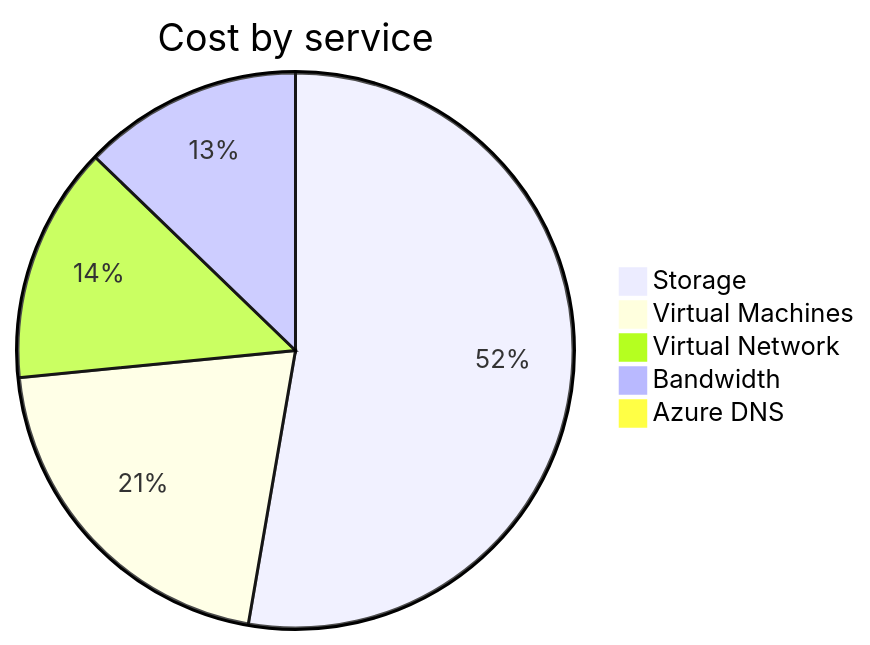
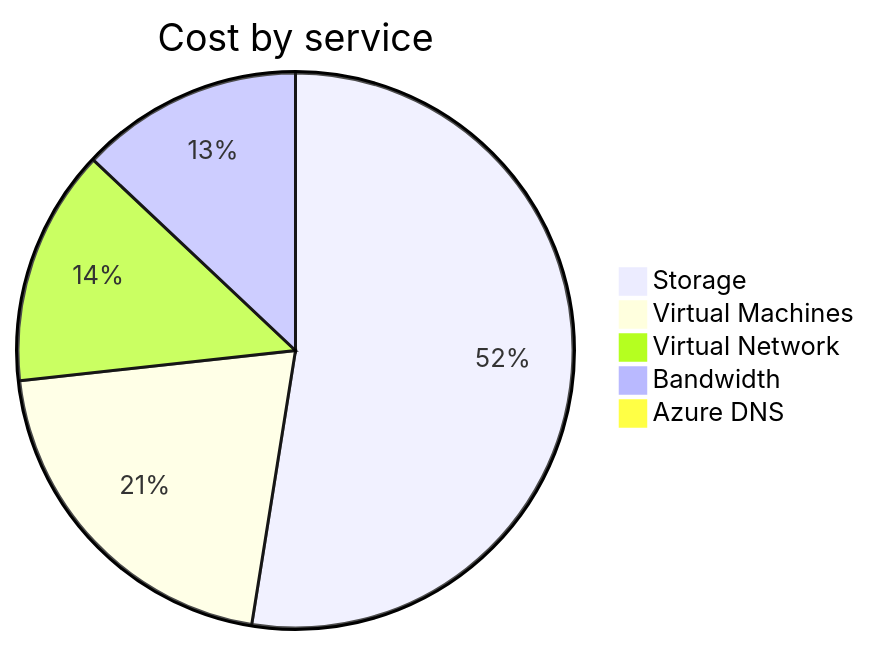
One commit to jpfulton/azure-personal-reports changed the second of 4 diagrams in cost-reports/personal-network/README.md. Above: the diagram before and after it, drawn with Mermaid. The commit also changed other lines of this file and 8 other files, not shown here.

````diff
--- a/cost-reports/personal-network/README.md
+++ b/cost-reports/personal-network/README.md
@@ -99,9 +95,9 @@
 ```mermaid
 pie
    title Cost by service
-   "Storage" : 24.71
-   "Virtual Machines" : 9.71
-   "Virtual Network" : 6.46
-   "Bandwidth" : 5.99
-   "Azure DNS" : 0.43
+   "Storage" : 25.51
+   "Virtual Machines" : 10.07
+   "Virtual Network" : 6.69
+   "Bandwidth" : 6.30
+   "Azure DNS" : 0.45
 ```
````
